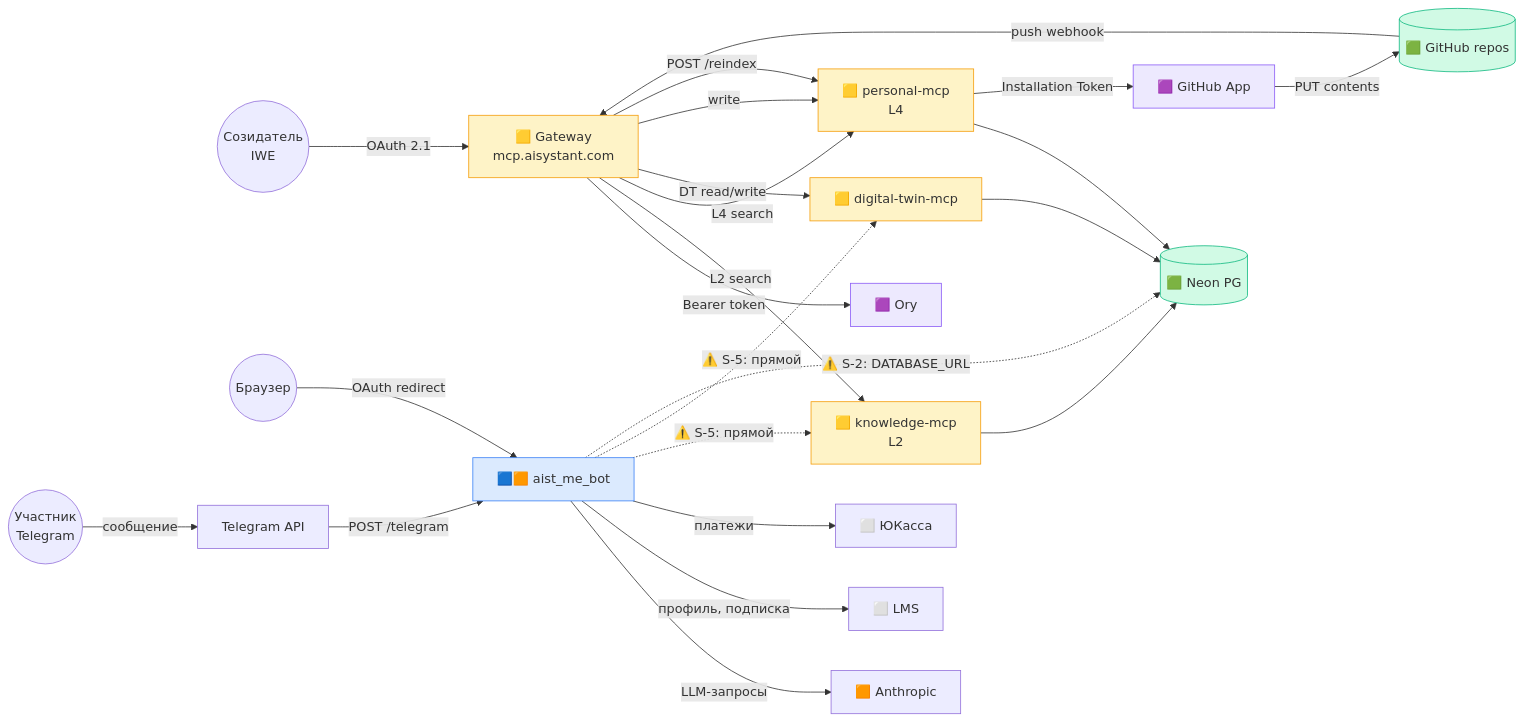
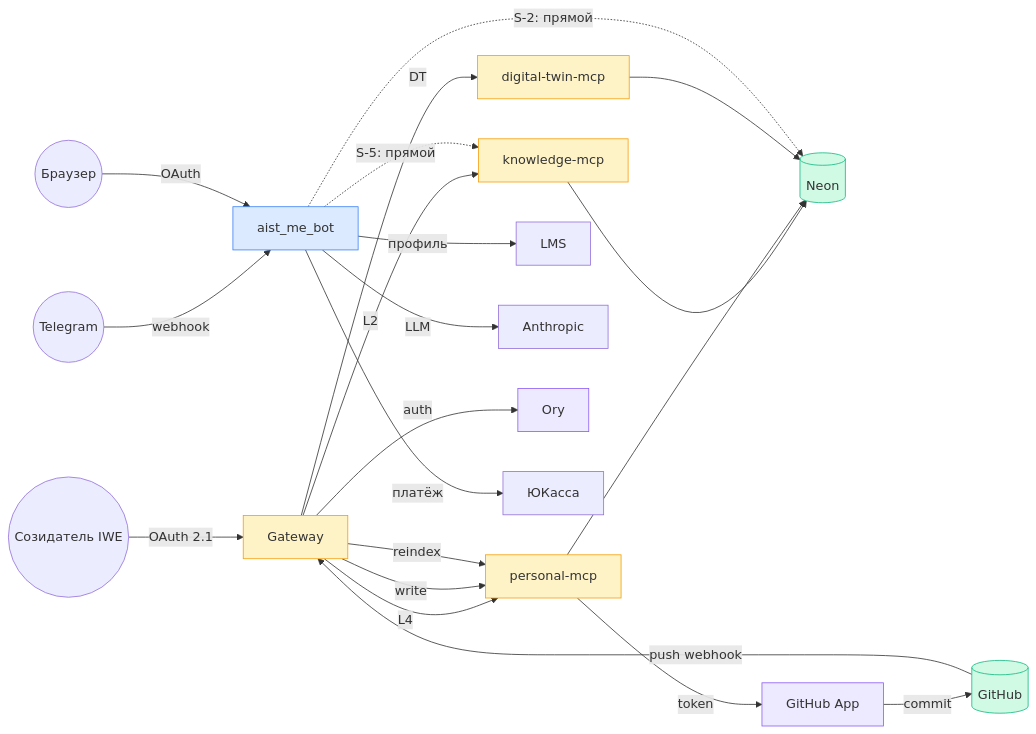
The second of 3 diagrams in C.IT-Platform/C2.IT-Platform/C2.2.Architecture/Stack-and-Infrastructure/deployment.md (TserenTserenov/DS-ecosystem-development), drawn with Mermaid before and after one commit. The commit also changed other lines of this file, not shown here.

First line of the commit message:
fix(WP-159): чистка deployment-диаграммы — короткие подписи, проверенные факты

````diff
--- a/C.IT-Platform/C2.IT-Platform/C2.2.Architecture/Stack-and-Infrastructure/deployment.md
+++ b/C.IT-Platform/C2.IT-Platform/C2.2.Architecture/Stack-and-Infrastructure/deployment.md
@@ -109,72 +110,56 @@
 ```mermaid
 graph LR
-    TG_USER(("Участник\nTelegram"))
-    IWE_USER(("Созидатель\nIWE"))
-    BROWSER(("Браузер"))
+    TG(("Telegram"))
+    IWE(("Созидатель IWE"))
+    BR(("Браузер"))
 
-    TG_API["Telegram API"]
-    BOT["🟦🟧 aist_me_bot"]
-    GW["🟨 Gateway\nmcp.aisystant.com"]
-    KN["🟨 knowledge-mcp\nL2"]
-    PKN["🟨 personal-mcp\nL4"]
-    DT["🟨 digital-twin-mcp"]
-    DB[("🟩 Neon PG")]
-    LMS["⬜ LMS"]
-    ANTH["🟧 Anthropic"]
-    ORY["🟪 Ory"]
-    YOOKASSA["⬜ ЮКасса"]
-    GITHUB[("🟩 GitHub repos")]
-    APP["🟪 GitHub App"]
+    BOT["aist_me_bot"]
+    GW["Gateway"]
+    KN["knowledge-mcp"]
+    PKN["personal-mcp"]
+    DT["digital-twin-mcp"]
+    DB[("Neon")]
+    LMS["LMS"]
+    ANTH["Anthropic"]
+    ORY["Ory"]
+    YK["ЮКасса"]
+    GH[("GitHub")]
+    GHAPP["GitHub App"]
 
-    %% Telegram flow
-    TG_USER -->|"сообщение"| TG_API
-    TG_API -->|"POST /telegram"| BOT
+    TG -- webhook --> BOT
+    BOT -- LLM --> ANTH
+    BOT -- профиль --> LMS
+    BOT -- платёж --> YK
 
-    %% Bot → внешние
-    BOT -->|"LLM-запросы"| ANTH
-    BOT -->|"профиль, подписка"| LMS
-    BOT -->|"платежи"| YOOKASSA
+    IWE -- OAuth 2.1 --> GW
+    GW -- auth --> ORY
+    GW -- L2 --> KN
+    GW -- L4 --> PKN
+    GW -- DT --> DT
 
-    %% Bot → MCP (прямой, S-5 ⚠️)
-    BOT -.->|"⚠️ S-5: прямой"| KN
-    BOT -.->|"⚠️ S-5: прямой"| DT
+    GW -- write --> PKN
+    PKN -- token --> GHAPP
+    GHAPP -- commit --> GH
 
-    %% Bot → Neon (S-2 ⚠️)
-    BOT -.->|"⚠️ S-2: DATABASE_URL"| DB
+    GH -- push webhook --> GW
+    GW -- reindex --> PKN
 
-    %% AI-клиент → Gateway (S-3 ✅)
-    IWE_USER -->|"OAuth 2.1"| GW
-    GW -->|"Bearer token"| ORY
-
-    %% Gateway fan-out
-    GW -->|"L2 search"| KN
-    GW -->|"L4 search"| PKN
-    GW -->|"DT read/write"| DT
-
-    %% MCP → Neon
     KN --> DB
     PKN --> DB
     DT --> DB
 
-    %% Write pipeline
-    GW -->|"write"| PKN
-    PKN -->|"Installation Token"| APP
-    APP -->|"PUT contents"| GITHUB
+    BOT -. S-5: прямой .-> KN
+    BOT -. S-2: прямой .-> DB
 
-    %% Webhook reindex
-    GITHUB -->|"push webhook"| GW
-    GW -->|"POST /reindex"| PKN
-
-    %% OAuth browser
-    BROWSER -->|"OAuth redirect"| BOT
+    BR -- OAuth --> BOT
 
     style BOT fill:#dbeafe,stroke:#3b82f6
     style GW fill:#fef3c7,stroke:#f59e0b
     style KN fill:#fef3c7,stroke:#f59e0b
     style PKN fill:#fef3c7,stroke:#f59e0b
     style DT fill:#fef3c7,stroke:#f59e0b
     style DB fill:#d1fae5,stroke:#10b981
-    style GITHUB fill:#d1fae5,stroke:#10b981
+    style GH fill:#d1fae5,stroke:#10b981
     style ORY fill:#ede9fe,stroke:#8b5cf6
-    style APP fill:#ede9fe,stroke:#8b5cf6
+    style GHAPP fill:#ede9fe,stroke:#8b5cf6
 ```
````
